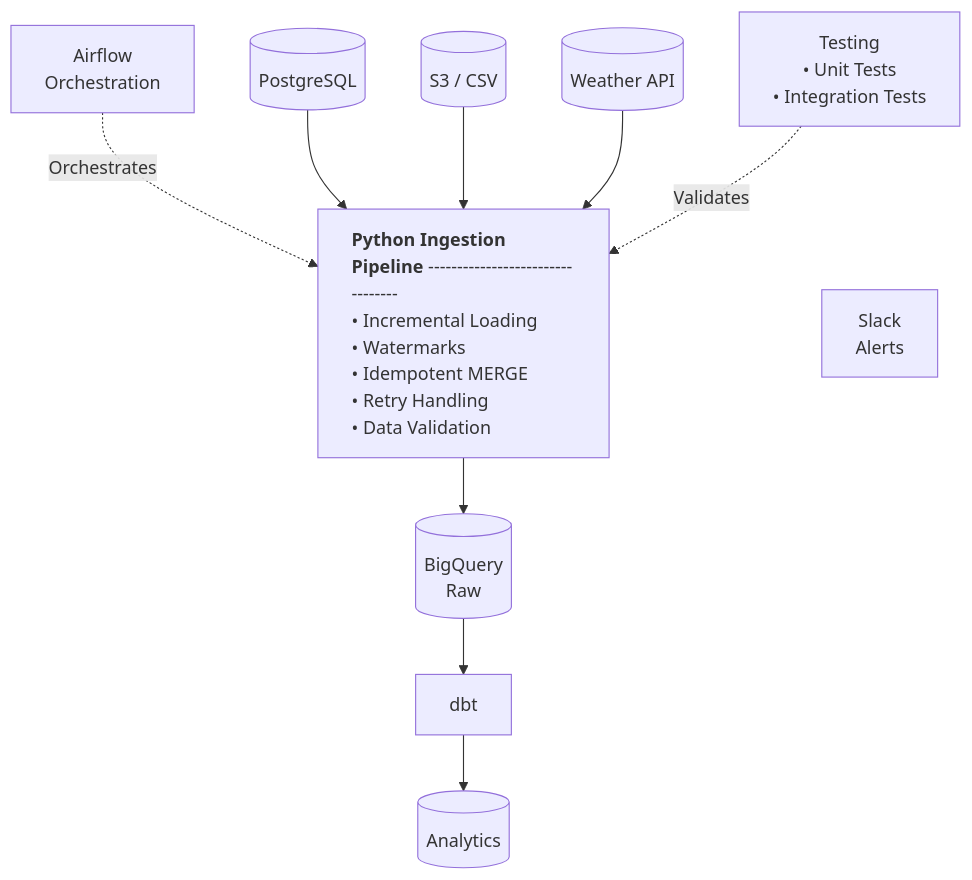
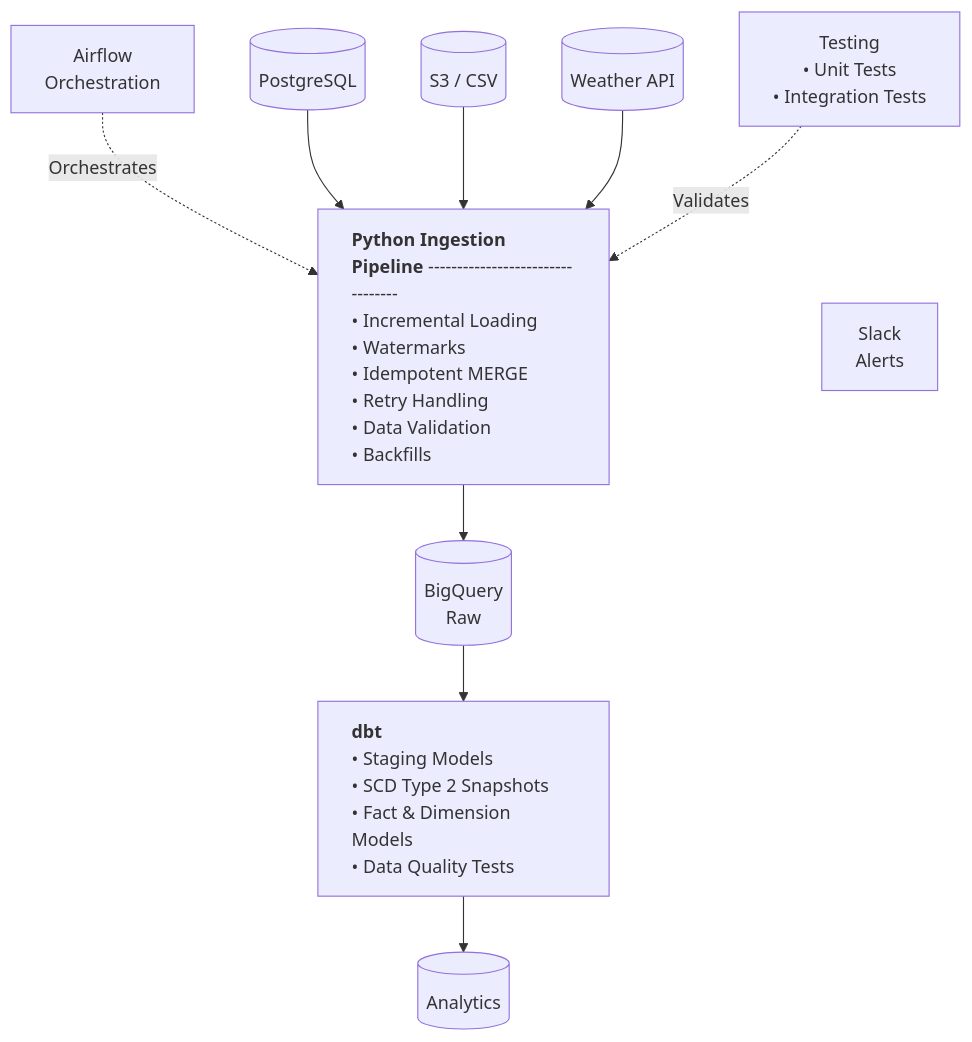
One commit to nivanis91/ecommerce-data-platform changed the diagram in README.md. Above: the diagram before and after it, drawn with Mermaid.

Commit message:
Enhance README with additional pipeline and dbt details
Updated the README to include 'Backfills' in the Python Ingestion Pipeline section and added more details to the dbt section.

````diff
--- a/README.md
+++ b/README.md
@@ -21,32 +21,32 @@
 ```mermaid
 flowchart TB
     AIRFLOW[Airflow<br/>Orchestration]
 
     PG[(PostgreSQL)]
     S3[(S3 / CSV)]
     API[(Weather API)]
 
-    PIPE["<div style='text-align: left'><b>Python Ingestion Pipeline</b> ---------------------------------<br/>• Incremental Loading<br/>• Watermarks<br/>• Idempotent MERGE<br/>• Retry Handling<br/>• Data Validation</div>"]
+    PIPE["<div style='text-align: left'><b>Python Ingestion Pipeline</b> ---------------------------------<br/>• Incremental Loading<br/>• Watermarks<br/>• Idempotent MERGE<br/>• Retry Handling<br/>• Data Validation<br/>• Backfills</div>"]
 
     BQ[(BigQuery<br/>Raw)]
-    DBT[dbt]
+    DBT["<div style='text-align: left'><b>dbt</b><br/>• Staging Models<br/>• SCD Type 2 Snapshots<br/>• Fact & Dimension Models<br/>• Data Quality Tests</div>"]
     ANALYTICS[(Analytics)]
     TESTS["Testing<br/>• Unit Tests<br/>• Integration Tests"]
 
     SLACK[Slack<br/>Alerts]
 
     AIRFLOW -. "Orchestrates" .-> PIPE
 
     PG --> PIPE
     S3 --> PIPE
     API --> PIPE
 
     PIPE --> BQ
     BQ --> DBT
     DBT --> ANALYTICS
 
     TESTS -. "Validates" .-> PIPE
 
     %% Invisible layout hint: anchor Slack to the left side
     TESTS ~~~ SLACK
 ```
````
